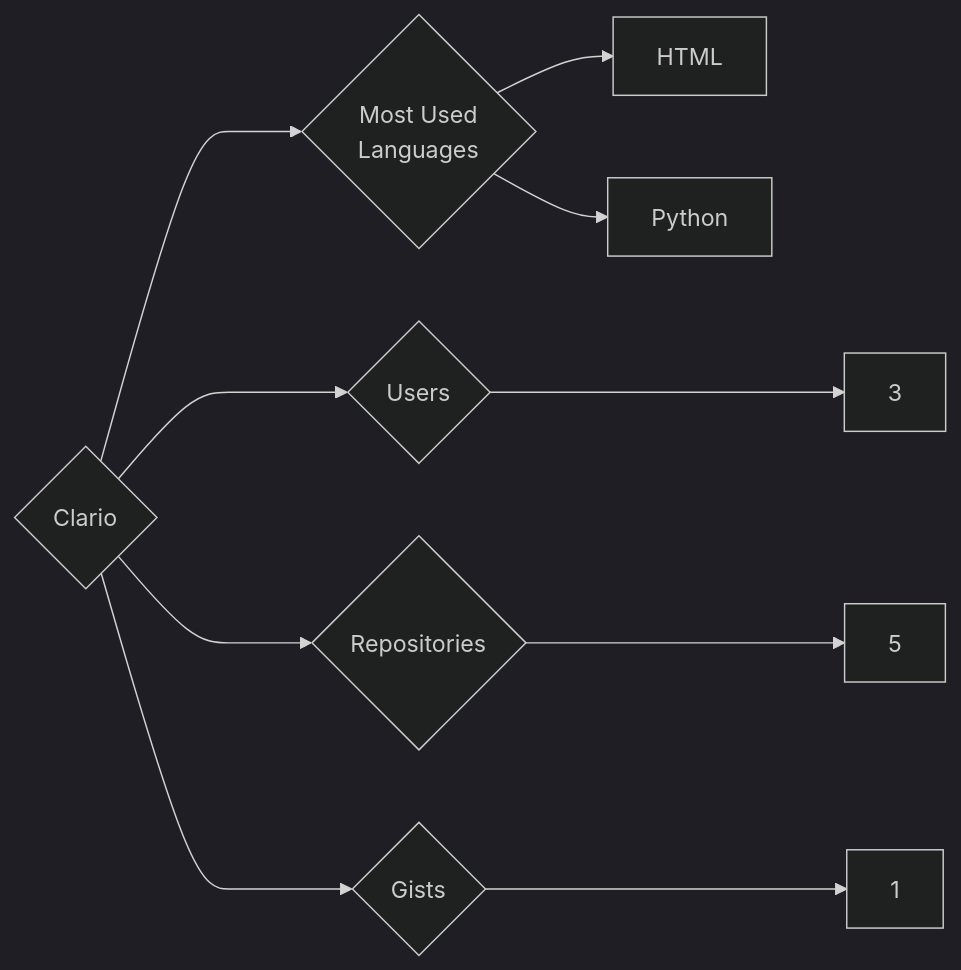
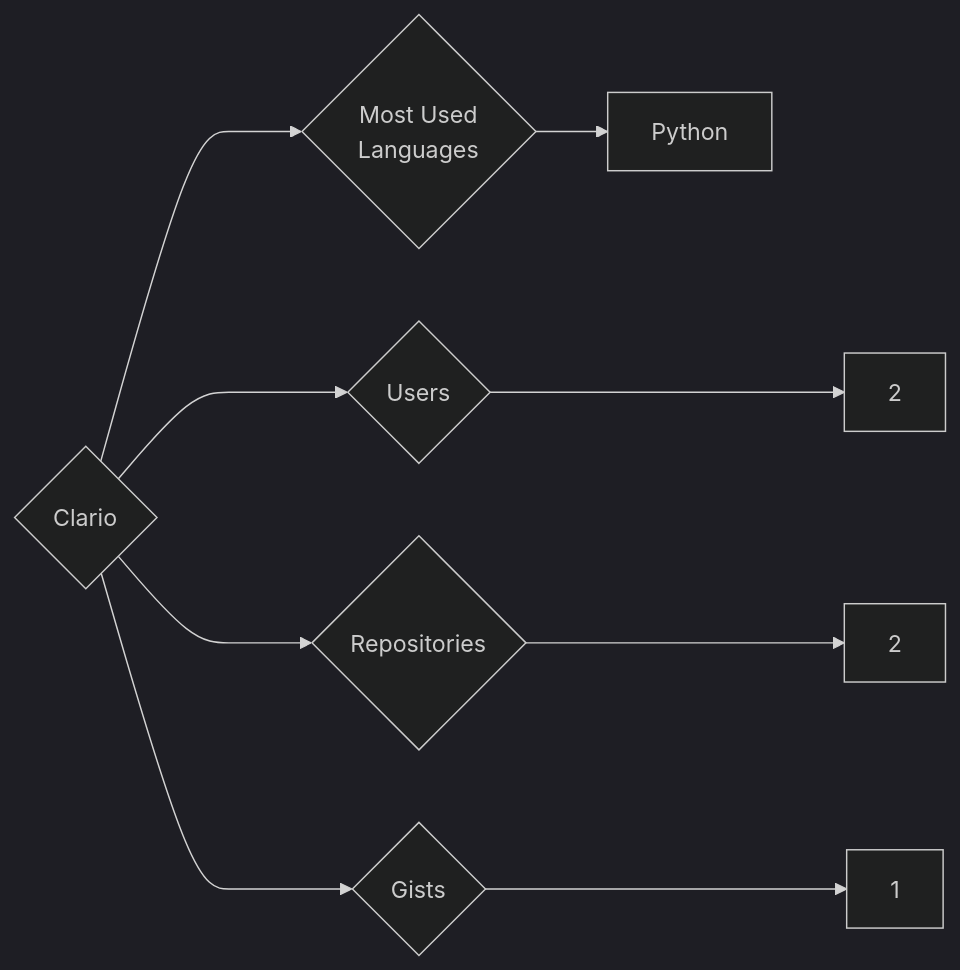
Before and after one commit to trickest/insiders: the diagram in targets/Clario/README.md, drawn with Mermaid (dark theme). The commit also changed 1030 other files, not shown here.

````diff
--- a/targets/Clario/README.md
+++ b/targets/Clario/README.md
@@ -3,10 +3,9 @@
 ```mermaid
 graph LR
 COMPANY_NAME{Clario}
-COMPANY_NAME ---> U{Users} ---> UN[3]
-COMPANY_NAME ---> R{Repositories} ---> RN[5]
+COMPANY_NAME ---> U{Users} ---> UN[2]
+COMPANY_NAME ---> R{Repositories} ---> RN[2]
 COMPANY_NAME ---> G{Gists} ---> GN[1]
 COMPANY_NAME ---> ML{Most Used<br>Languages}
-ML --> HTML[HTML]
 ML --> Python[Python]
 ```
````
